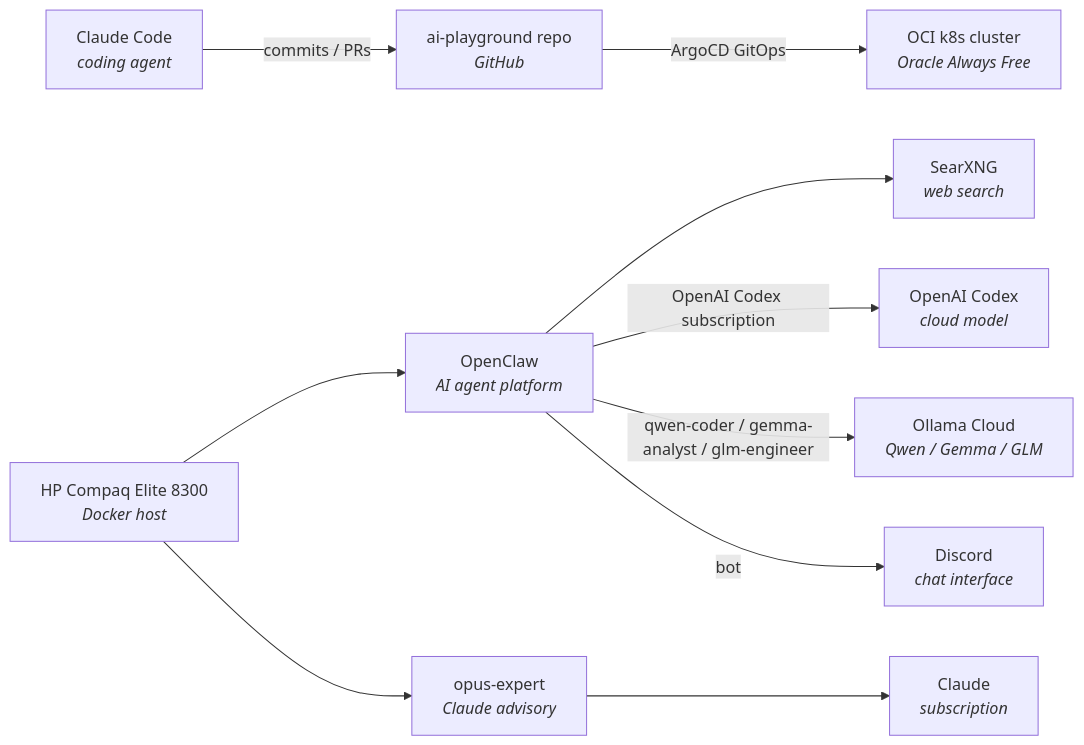
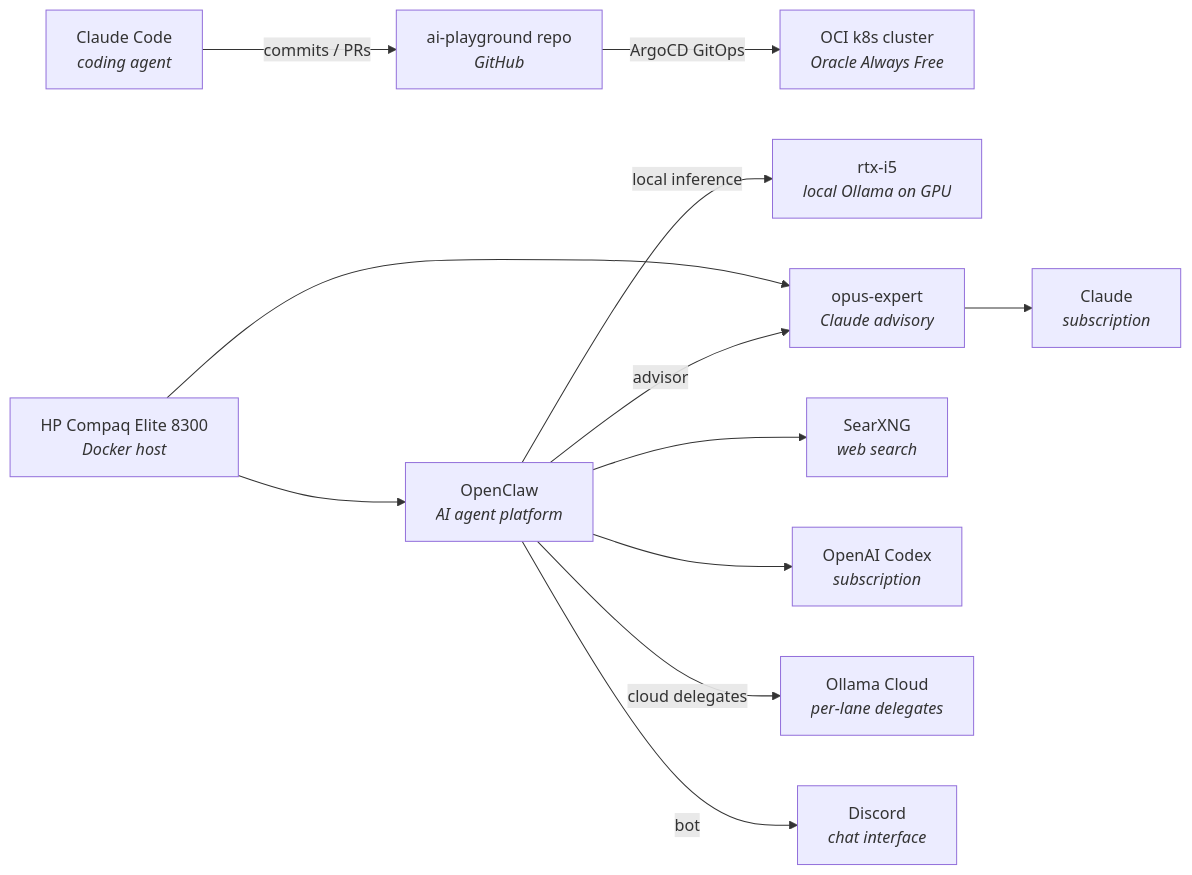
One commit to maslankalm/ai-playground changed the diagram in homelab/README.md. Above: the diagram before and after it, drawn with Mermaid. The commit also changed other lines of this file and 1 other file, not shown here.

Commit message:
homelab: add rtx-i5 rig and benchmark-driven delegate roster
Log the private GPU rig (rtx-i5, i5-9400F / RTX 1080) and the per-lane
Ollama delegate benchmark. Sync the README: split cloud vs local Ollama
in the diagram, add the OpenClaw→opus-expert advisor edge, refresh the
delegate roster (GLM lead / MiniMax backup for coding, Kimi/Gemma/
DeepSeek trio for research), and add an rtx-i5 components row.

````diff
--- a/homelab/README.md
+++ b/homelab/README.md
@@ -11,24 +11,27 @@
 ```mermaid
 graph LR
     CC["Claude Code<br/><i>coding agent</i>"]
     REPO["ai-playground repo<br/><i>GitHub</i>"]
     K8S["OCI k8s cluster<br/><i>Oracle Always Free</i>"]
     HP["HP Compaq Elite 8300<br/><i>Docker host</i>"]
+    RTX["rtx-i5<br/><i>local Ollama on GPU</i>"]
     OC["OpenClaw<br/><i>AI agent platform</i>"]
     OE["opus-expert<br/><i>Claude advisory</i>"]
     SX["SearXNG<br/><i>web search</i>"]
-    OPENAI["OpenAI Codex<br/><i>cloud model</i>"]
-    OLLAMA["Ollama Cloud<br/><i>Qwen / Gemma / GLM</i>"]
+    OPENAI["OpenAI Codex<br/><i>subscription</i>"]
+    OLLAMA_CLOUD["Ollama Cloud<br/><i>per-lane delegates</i>"]
     CLAUDE["Claude<br/><i>subscription</i>"]
     DISCORD["Discord<br/><i>chat interface</i>"]
 
     CC -->|commits / PRs| REPO
     REPO -->|ArgoCD GitOps| K8S
     HP --> OC
     HP --> OE
     OC --> SX
-    OC -->|OpenAI Codex subscription| OPENAI
-    OC -->|qwen-coder / gemma-analyst / glm-engineer| OLLAMA
+    OC --> OPENAI
+    OC -->|cloud delegates| OLLAMA_CLOUD
+    OC -->|local inference| RTX
+    OC -->|advisor| OE
     OC -->|bot| DISCORD
     OE --> CLAUDE
 ```
````
